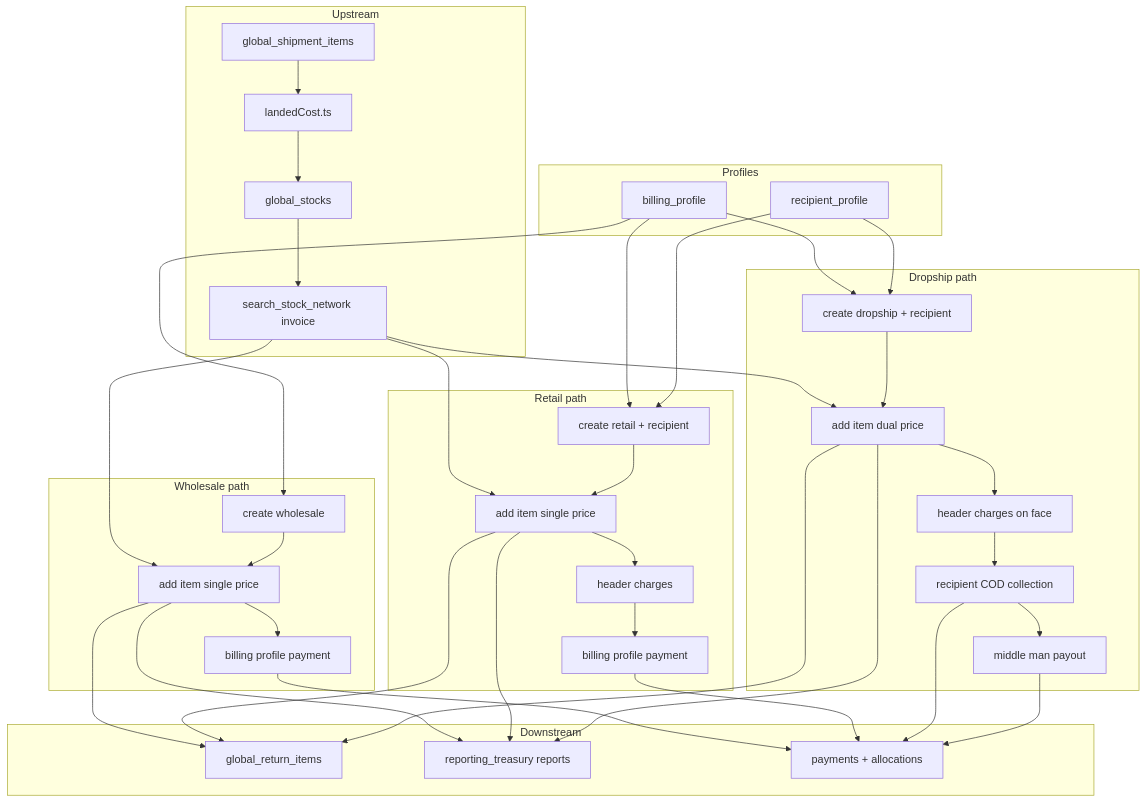
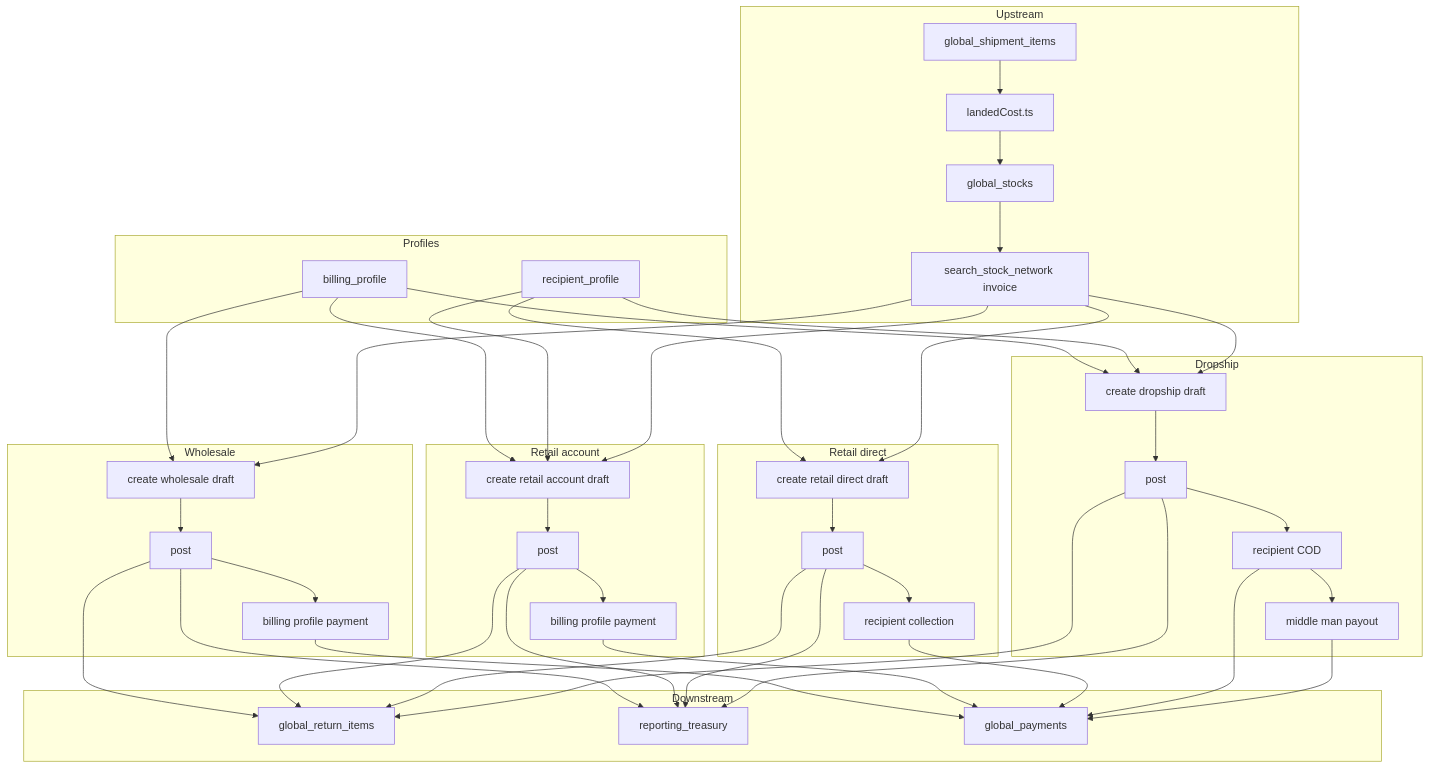
The second of 2 diagrams in doc/SALES_INVOICE.md (david-git-2/brandwala-wholesale-quasar-v2), drawn with Mermaid before and after one commit. The commit also changed other lines of this file and 4 other files, not shown here.

````diff
--- a/doc/SALES_INVOICE.md
+++ b/doc/SALES_INVOICE.md
@@ -271,58 +449,67 @@
 ```mermaid
 flowchart TB
   subgraph upstream [Upstream]
     shipmentItem["global_shipment_items"]
     landedCost["landedCost.ts"]
     stockPool["global_stocks"]
     networkPick["search_stock_network invoice"]
   end
   subgraph profiles [Profiles]
     billing["billing_profile"]
     recipient["recipient_profile"]
   end
-  subgraph wholesale [Wholesale path]
-    wCreate["create wholesale"]
-    wItem["add item single price"]
+  subgraph wholesale [Wholesale]
+    wCreate["create wholesale draft"]
+    wPost["post"]
     wPay["billing profile payment"]
   end
-  subgraph retail [Retail path]
-    rCreate["create retail + recipient"]
-    rItem["add item single price"]
-    rCharge["header charges"]
-    rPay["billing profile payment"]
+  subgraph retailAcct [Retail account]
+    raCreate["create retail account draft"]
+    raPost["post"]
+    raPay["billing profile payment"]
   end
-  subgraph dropship [Dropship path]
-    dCreate["create dropship + recipient"]
-    dItem["add item dual price"]
-    dCharge["header charges on face"]
-    dCod["recipient COD collection"]
+  subgraph retailDir [Retail direct]
+    rdCreate["create retail direct draft"]
+    rdPost["post"]
+    rdCod["recipient collection"]
+  end
+  subgraph dropship [Dropship]
+    dCreate["create dropship draft"]
+    dPost["post"]
+    dCod["recipient COD"]
     dPayout["middle man payout"]
   end
   subgraph downstream [Downstream]
     returns["global_return_items"]
-    reports["reporting_treasury reports"]
-    payments["payments + allocations"]
+    reports["reporting_treasury"]
+    payments["global_payments"]
   end
   shipmentItem --> landedCost --> stockPool --> networkPick
   billing --> wCreate
-  billing --> rCreate
+  billing --> raCreate
   billing --> dCreate
-  recipient --> rCreate
+  recipient --> raCreate
+  recipient --> rdCreate
   recipient --> dCreate
-  networkPick --> wItem
-  networkPick --> rItem
-  networkPick --> dItem
-  wCreate --> wItem --> wPay
-  rCreate --> rItem --> rCharge --> rPay
-  dCreate --> dItem --> dCharge --> dCod --> dPayout
-  wItem --> returns
-  rItem --> returns
-  dItem --> returns
+  networkPick --> wCreate
+  networkPick --> raCreate
+  networkPick --> rdCreate
+  networkPick --> dCreate
+  wCreate --> wPost --> wPay
+  raCreate --> raPost --> raPay
+  rdCreate --> rdPost --> rdCod
+  dCreate --> dPost --> dCod --> dPayout
+  wPost --> returns
+  raPost --> returns
+  rdPost --> returns
+  dPost --> returns
   wPay --> payments
-  rPay --> payments
+  raPay --> payments
+  rdCod --> payments
   dCod --> payments
   dPayout --> payments
-  wItem --> reports
-  rItem --> reports
-  dItem --> reports
+  wPost --> reports
+  raPost --> reports
+  rdPost --> reports
+  dPost --> reports
 ```
````
